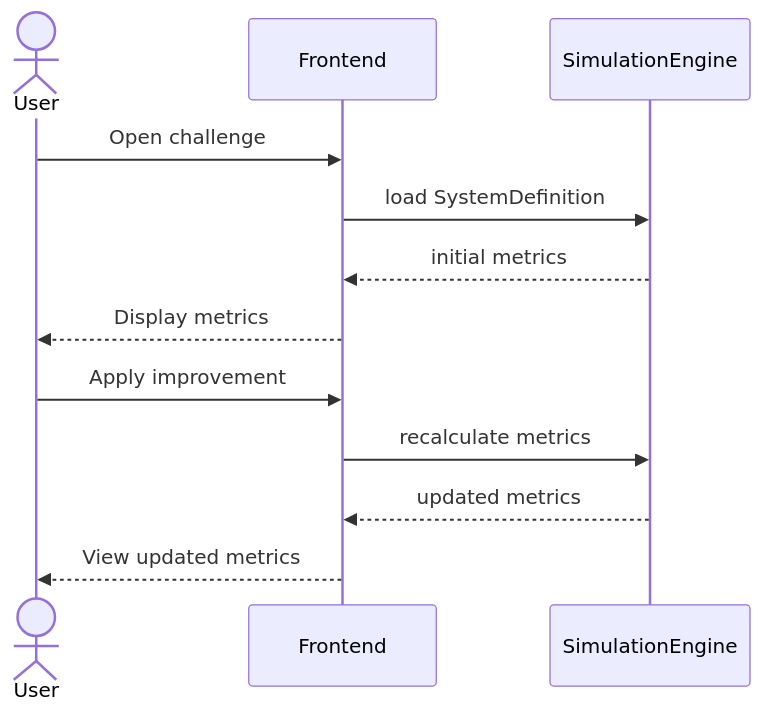
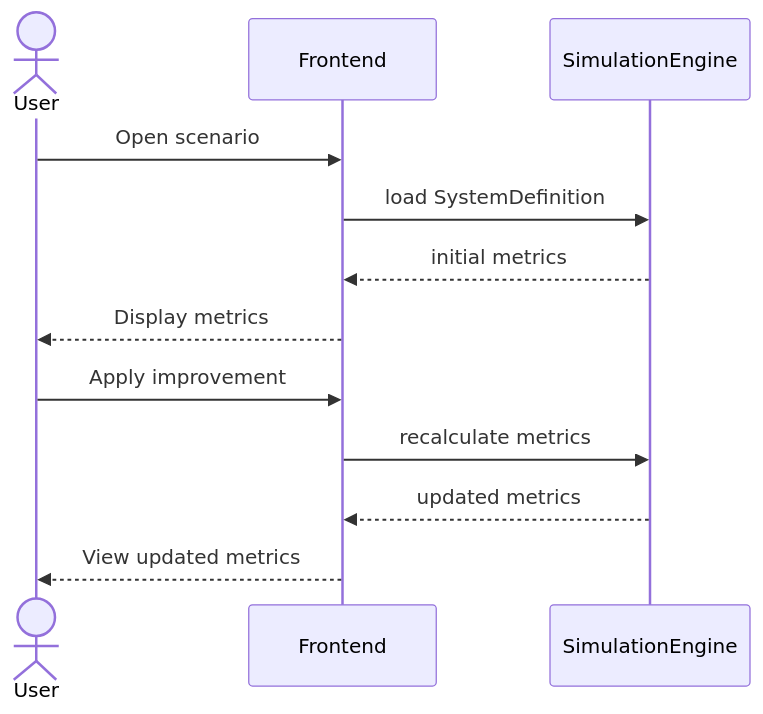
Before and after one commit to toblu96/archimulant: the fourth of 6 diagrams in docs/arc42/arc42.md, drawn with Mermaid. The commit also changed other lines of this file and 15 other files, not shown here.

````diff
--- a/docs/arc42/arc42.md
+++ b/docs/arc42/arc42.md
@@ -210,16 +210,16 @@
 ```mermaid
 sequenceDiagram
     actor User
     participant FE as Frontend
     participant SE as SimulationEngine
 
-    User->>FE: Open challenge
+    User->>FE: Open scenario
     FE->>SE: load SystemDefinition
     SE-->>FE: initial metrics
     FE-->>User: Display metrics
 
     User->>FE: Apply improvement
     FE->>SE: recalculate metrics
     SE-->>FE: updated metrics
     FE-->>User: View updated metrics
 ```
````
